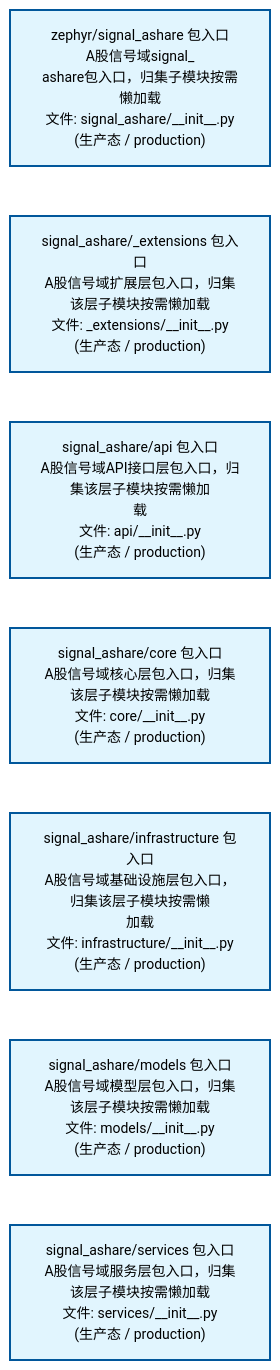
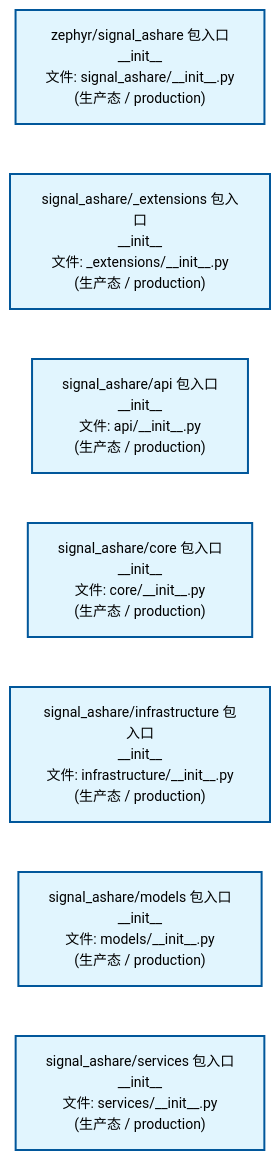
Before and after one commit to xuanFelixVan/ZephyrAlpha: the second of 4 diagrams in docs/02_enterprise_architecture/02_domain_architecture_docs/32_d_ashare_signal.md, drawn with Mermaid. The commit also changed other lines of this file and 61 other files, not shown here.

````diff
--- a/docs/02_enterprise_architecture/02_domain_architecture_docs/32_d_ashare_signal.md
+++ b/docs/02_enterprise_architecture/02_domain_architecture_docs/32_d_ashare_signal.md
@@ -107,22 +107,22 @@
 ```mermaid
 %%{init: {'theme': 'base', 'themeVariables': {'primaryColor': '#eaeaea', 'primaryTextColor': '#333333', 'primaryBorderColor': '#666666', 'lineColor': '#666666', 'secondaryColor': '#eaeaea', 'tertiaryColor': '#eaeaea', 'fontSize': '14px'}}}%%
 flowchart TD
-    src_zephyr_signal_ashare_init_py["zephyr/signal_ashare 包入口<br/>A股信号域signal_<br/>ashare包入口，归集子模块按需懒加载<br/>文件: signal_ashare/__init__.py<br/>(生产态 / production)"]
-    src_zephyr_signal_ashare_extensions_init_py["signal_ashare/_extensions 包入口<br/>A股信号域扩展层包入口，归集该层子模块按需懒加载<br/>文件: _extensions/__init__.py<br/>(生产态 / production)"]
-    src_zephyr_signal_ashare_api_init_py["signal_ashare/api 包入口<br/>A股信号域API接口层包入口，归集该层子模块按需懒加<br/>载<br/>文件: api/__init__.py<br/>(生产态 / production)"]
-    src_zephyr_signal_ashare_core_init_py["signal_ashare/core 包入口<br/>A股信号域核心层包入口，归集该层子模块按需懒加载<br/>文件: core/__init__.py<br/>(生产态 / production)"]
-    src_zephyr_signal_ashare_infrastructure_init_py["signal_ashare/infrastructure 包入口<br/>A股信号域基础设施层包入口，归集该层子模块按需懒<br/>加载<br/>文件: infrastructure/__init__.py<br/>(生产态 / production)"]
-    src_zephyr_signal_ashare_models_init_py["signal_ashare/models 包入口<br/>A股信号域模型层包入口，归集该层子模块按需懒加载<br/>文件: models/__init__.py<br/>(生产态 / production)"]
-    src_zephyr_signal_ashare_services_init_py["signal_ashare/services 包入口<br/>A股信号域服务层包入口，归集该层子模块按需懒加载<br/>文件: services/__init__.py<br/>(生产态 / production)"]
+    src_zephyr_signal_ashare_init_py["zephyr/signal_ashare 包入口<br/>__init__<br/>文件: signal_ashare/__init__.py<br/>(生产态 / production)"]
+    src_zephyr_signal_ashare_extensions_init_py["signal_ashare/_extensions 包入口<br/>__init__<br/>文件: _extensions/__init__.py<br/>(生产态 / production)"]
+    src_zephyr_signal_ashare_api_init_py["signal_ashare/api 包入口<br/>__init__<br/>文件: api/__init__.py<br/>(生产态 / production)"]
+    src_zephyr_signal_ashare_core_init_py["signal_ashare/core 包入口<br/>__init__<br/>文件: core/__init__.py<br/>(生产态 / production)"]
+    src_zephyr_signal_ashare_infrastructure_init_py["signal_ashare/infrastructure 包入口<br/>__init__<br/>文件: infrastructure/__init__.py<br/>(生产态 / production)"]
+    src_zephyr_signal_ashare_models_init_py["signal_ashare/models 包入口<br/>__init__<br/>文件: models/__init__.py<br/>(生产态 / production)"]
+    src_zephyr_signal_ashare_services_init_py["signal_ashare/services 包入口<br/>__init__<br/>文件: services/__init__.py<br/>(生产态 / production)"]
     src_zephyr_signal_ashare_init_py ~~~ src_zephyr_signal_ashare_extensions_init_py
     src_zephyr_signal_ashare_extensions_init_py ~~~ src_zephyr_signal_ashare_api_init_py
     src_zephyr_signal_ashare_api_init_py ~~~ src_zephyr_signal_ashare_core_init_py
     src_zephyr_signal_ashare_core_init_py ~~~ src_zephyr_signal_ashare_infrastructure_init_py
     src_zephyr_signal_ashare_infrastructure_init_py ~~~ src_zephyr_signal_ashare_models_init_py
     src_zephyr_signal_ashare_models_init_py ~~~ src_zephyr_signal_ashare_services_init_py
     classDef production fill:#e1f5fe,stroke:#01579b,stroke-width:2px,color:#000
     classDef design fill:#fff3e0,stroke:#e65100,stroke-width:2px,color:#000,stroke-dasharray: 5 5
     classDef external_prod fill:#e8f4fd,stroke:#0277bd,stroke-width:1px,color:#000
     classDef external_design fill:#fff8e7,stroke:#ef6c00,stroke-width:1px,color:#000,stroke-dasharray: 5 5
     class src_zephyr_signal_ashare_init_py,src_zephyr_signal_ashare_extensions_init_py,src_zephyr_signal_ashare_api_init_py,src_zephyr_signal_ashare_core_init_py,src_zephyr_signal_ashare_infrastructure_init_py,src_zephyr_signal_ashare_models_init_py,src_zephyr_signal_ashare_services_init_py production
 ```
````
